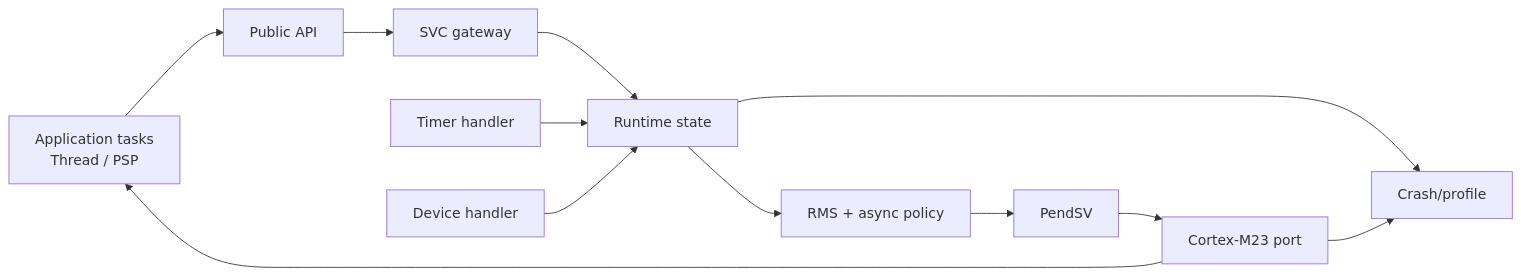
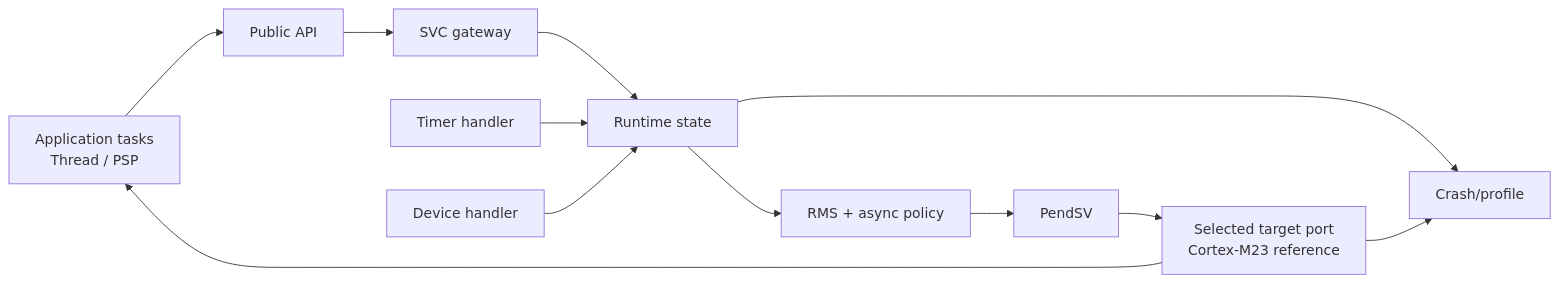
The first of 4 diagrams in architecture/A0-architecture-overview.md (tumblewhead/arghtos), drawn with Mermaid before and after one commit. The commit also changed other lines of this file, not shown here.

Commit message:
Make portable-kernel versus target-port boundary explicit

````diff
--- a/architecture/A0-architecture-overview.md
+++ b/architecture/A0-architecture-overview.md
@@ -62,20 +62,20 @@
 ```mermaid
 flowchart LR
   APP["Application tasks<br/>Thread / PSP"]
   API["Public API"]
   SVC["SVC gateway"]
   STATE["Runtime state"]
   POLICY["RMS + async policy"]
   PEND["PendSV"]
-  PORT["Cortex-M23 port"]
+  PORT["Selected target port<br/>Cortex-M23 reference"]
   TIMER["Timer handler"]
   DEV["Device handler"]
   DIAG["Crash/profile"]
 
   APP --> API --> SVC --> STATE
   TIMER --> STATE
   DEV --> STATE
   STATE --> POLICY --> PEND --> PORT --> APP
   STATE --> DIAG
   PORT --> DIAG
 ```
````
